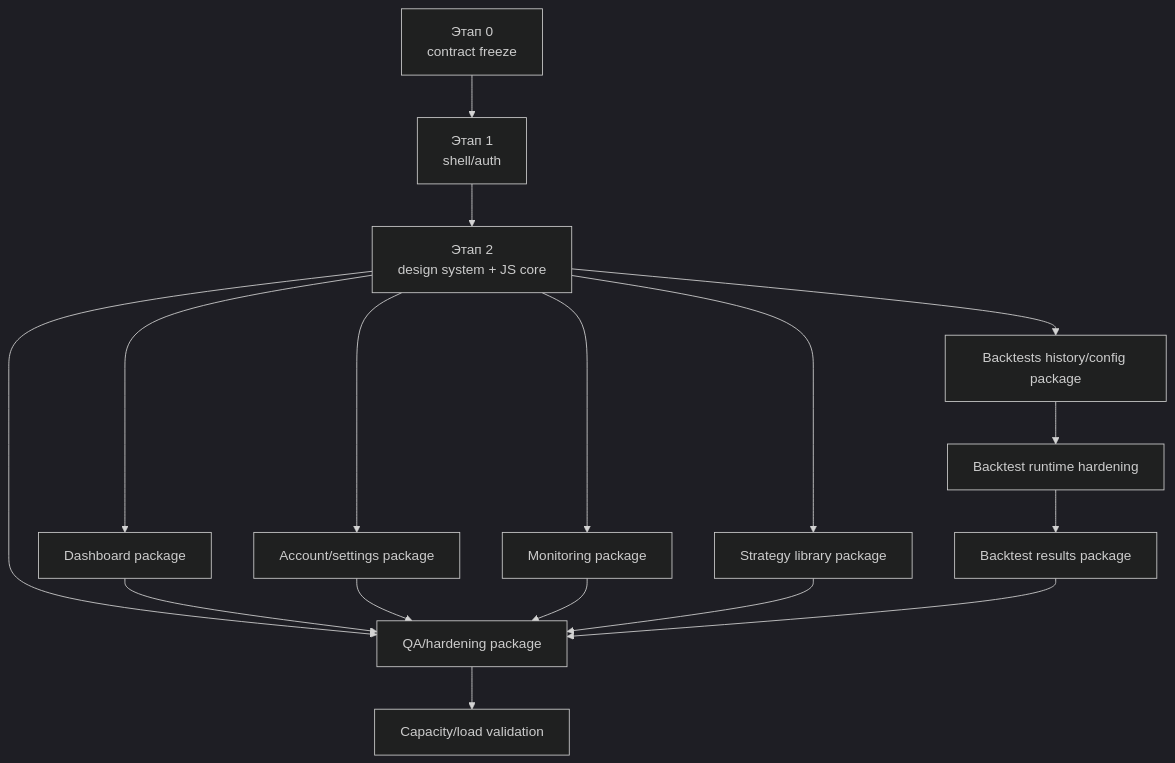
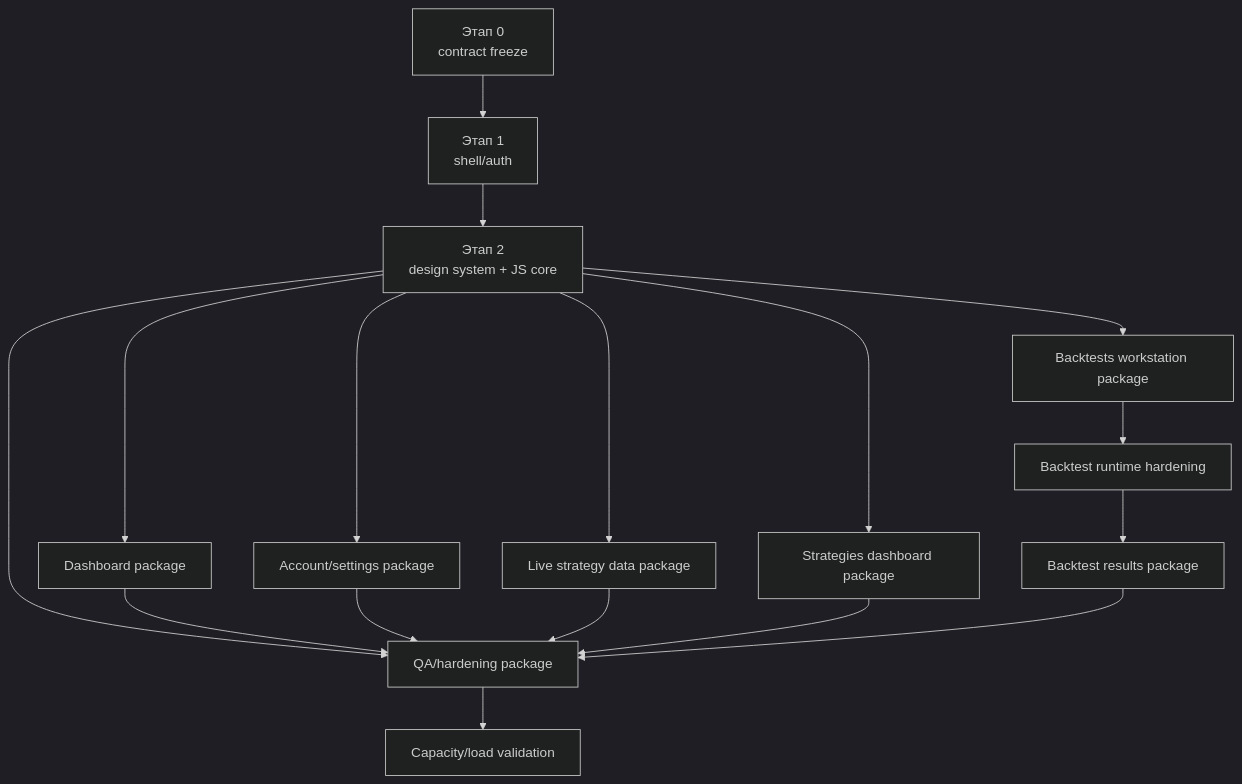
Before and after one commit to Dejetins/roehub.com: the fifth of 6 diagrams in docs/architecture/apps/web/web-ui-backend-implementation-plan-v1.md, drawn with Mermaid (dark theme). The commit also changed other lines of this file and 157 other files, not shown here.

````diff
--- a/docs/architecture/apps/web/web-ui-backend-implementation-plan-v1.md
+++ b/docs/architecture/apps/web/web-ui-backend-implementation-plan-v1.md
@@ -623,19 +657,19 @@
 ```mermaid
 flowchart TD
     S0["Этап 0\ncontract freeze"] --> S1["Этап 1\nshell/auth"]
     S1 --> S2["Этап 2\ndesign system + JS core"]
     S2 --> D["Dashboard package"]
     S2 --> A["Account/settings package"]
-    S2 --> M["Monitoring package"]
-    S2 --> SL["Strategy library package"]
-    S2 --> BH["Backtests history/config package"]
+    S2 --> SL["Strategies dashboard package"]
+    S2 --> M["Live strategy data package"]
+    S2 --> BH["Backtests workstation package"]
     BH --> BRH["Backtest runtime hardening"]
     BRH --> BR["Backtest results package"]
     S2 --> QA["QA/hardening package"]
     D --> QA
     A --> QA
     M --> QA
     SL --> QA
     BR --> QA
     QA --> CAP["Capacity/load validation"]
 ```
````
